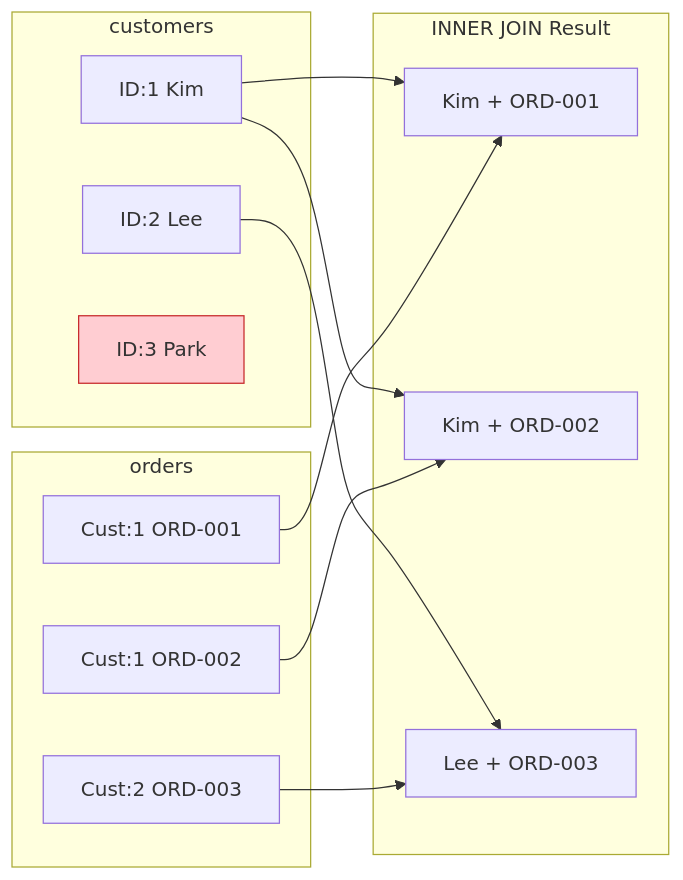
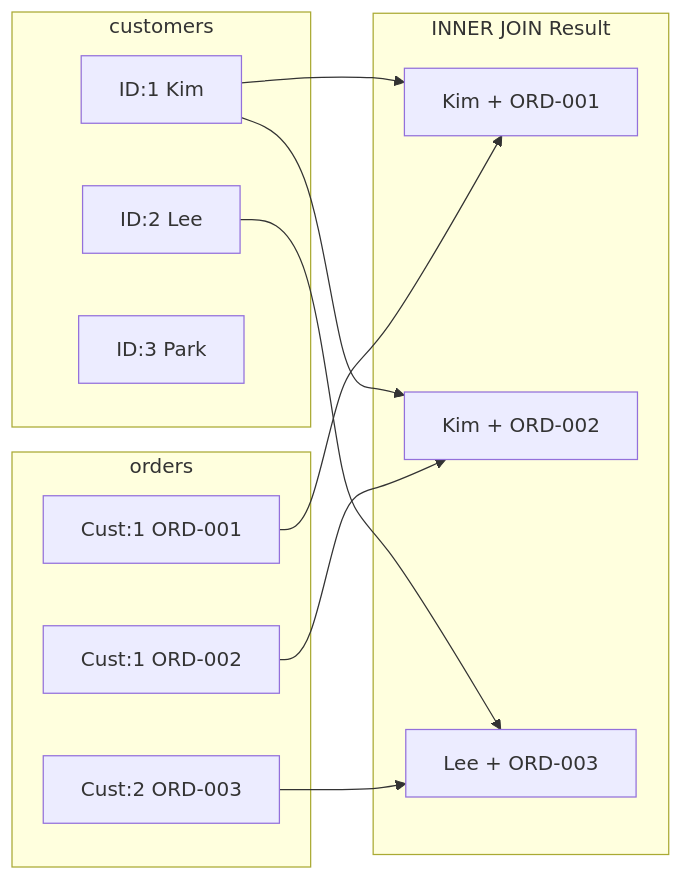
The diagram in docs/en/intermediate/07-inner-join.md (civilian7/sql-tutorial), drawn with Mermaid before and after one commit. The commit also changed other lines of this file and 101 other files, not shown here.

````diff
--- a/docs/en/intermediate/07-inner-join.md
+++ b/docs/en/intermediate/07-inner-join.md
@@ -5,25 +5,24 @@
 ```mermaid
 flowchart LR
     subgraph "customers"
         C1["ID:1 Kim"]
         C2["ID:2 Lee"]
         C3["ID:3 Park"]
     end
     subgraph "orders"
         O1["Cust:1 ORD-001"]
         O2["Cust:1 ORD-002"]
         O3["Cust:2 ORD-003"]
     end
     subgraph "INNER JOIN Result"
         R1["Kim + ORD-001"]
         R2["Kim + ORD-002"]
         R3["Lee + ORD-003"]
     end
     C1 --> R1
     C1 --> R2
     C2 --> R3
     O1 --> R1
     O2 --> R2
     O3 --> R3
-    style C3 fill:#ffcdd2,stroke:#c62828
 ```
````
